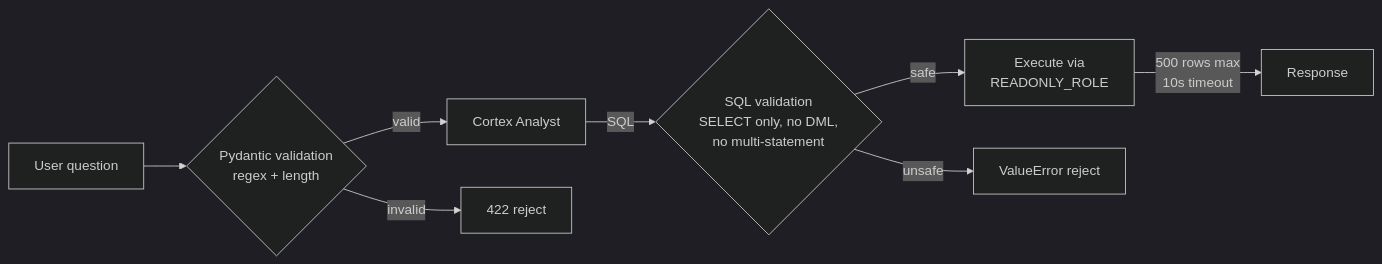
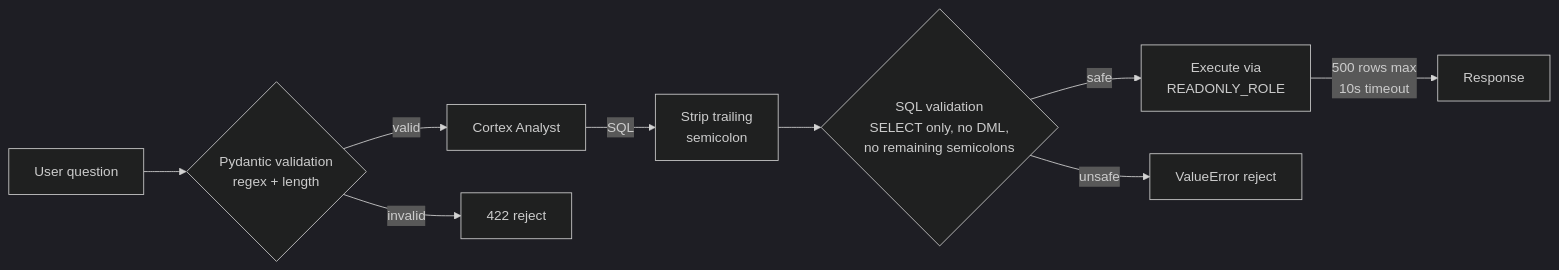
One commit to anchildress1/unearthed changed the third of 3 diagrams in system-diagram.md. Above: the diagram before and after it, drawn with Mermaid (dark theme). The commit also changed other lines of this file and 24 other files, not shown here.

````diff
--- a/system-diagram.md
+++ b/system-diagram.md
@@ -67,10 +62,11 @@
 ```mermaid
 flowchart LR
     Q[User question] --> V{Pydantic validation<br/>regex + length}
     V -->|valid| CA[Cortex Analyst]
     V -->|invalid| R422[422 reject]
-    CA -->|SQL| CHK{SQL validation<br/>SELECT only, no DML,<br/>no multi-statement}
+    CA -->|SQL| STRIP[Strip trailing<br/>semicolon]
+    STRIP --> CHK{SQL validation<br/>SELECT only, no DML,<br/>no remaining semicolons}
     CHK -->|safe| EXEC[Execute via<br/>READONLY_ROLE]
     CHK -->|unsafe| RVAL[ValueError reject]
     EXEC -->|500 rows max<br/>10s timeout| RESP[Response]
 ```
````
